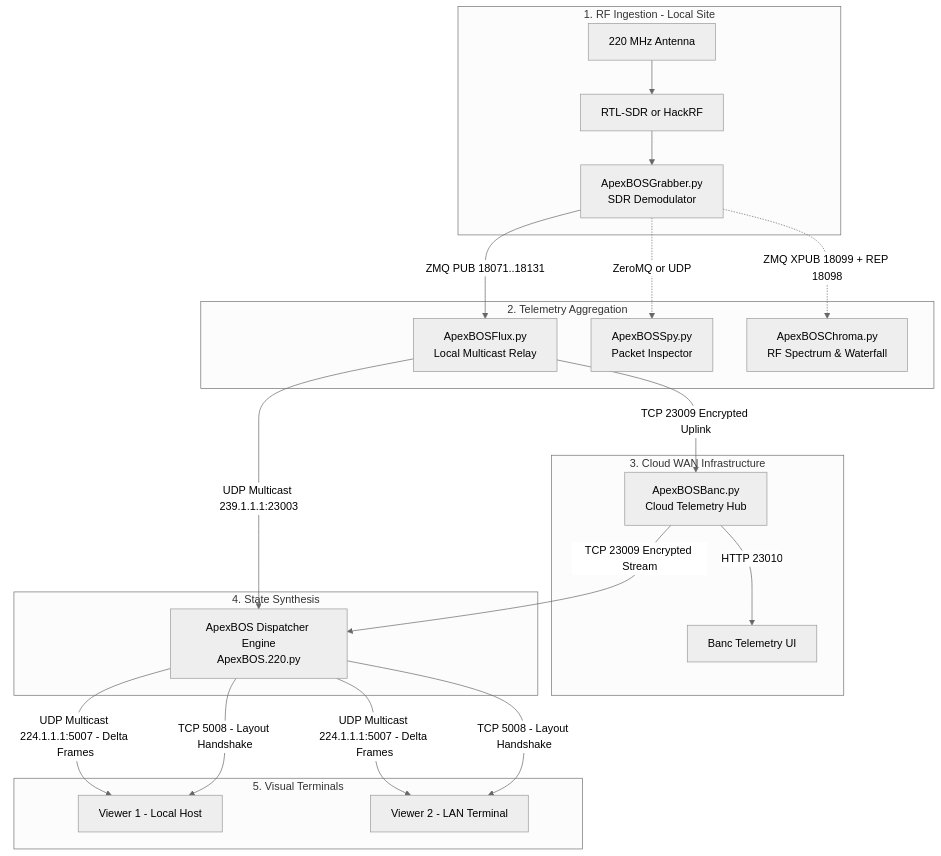
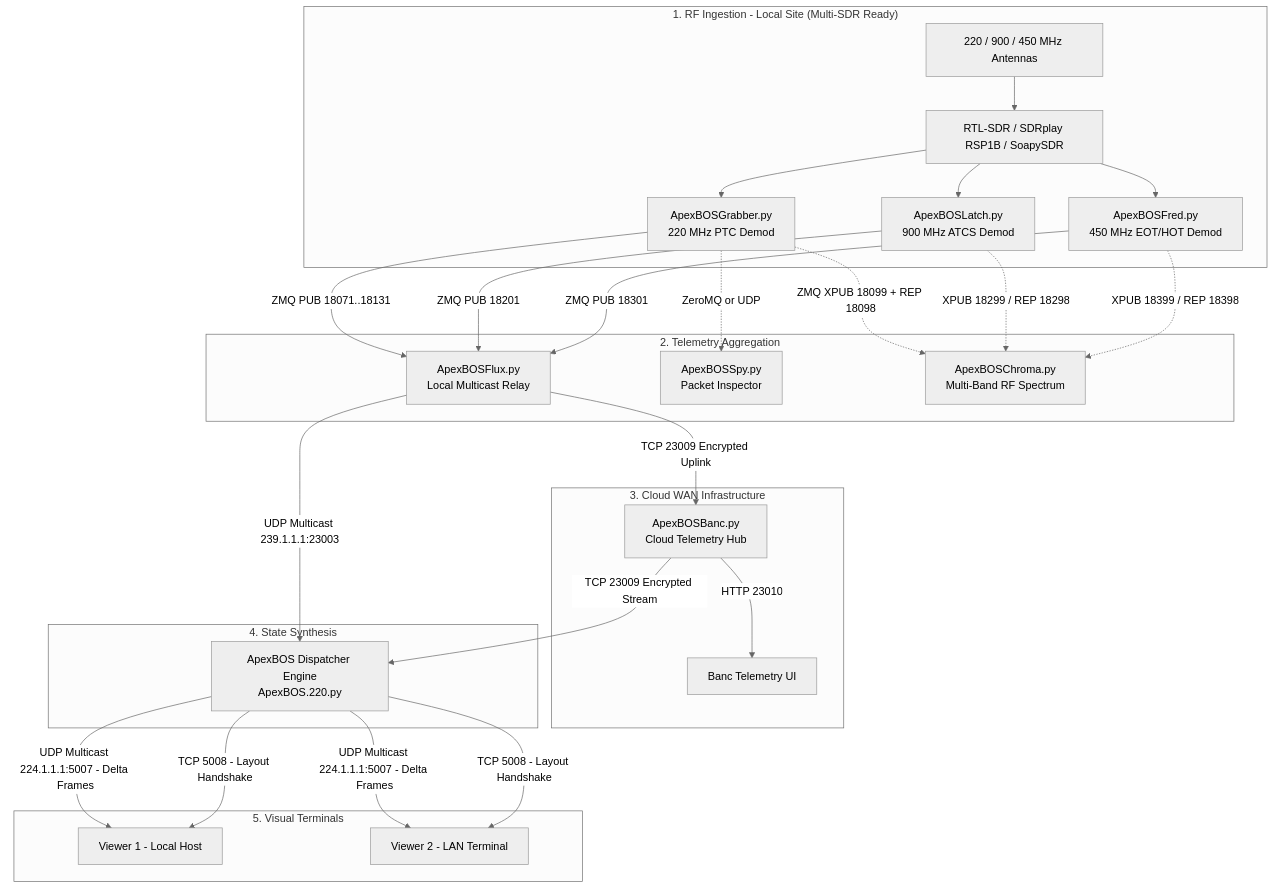
Before and after one commit to apexbos-eng/ApexBOS.220: the first of 6 diagrams in README.md, drawn with Mermaid (neutral theme). The commit also changed other lines of this file and 26 other files, not shown here.

Commit message:
v26.1125.08: Added ATCS and EOT decoders; inferring trains based on EOT/DPU packets

````diff
--- a/README.md
+++ b/README.md
@@ -105,30 +107,36 @@
 ```mermaid
 flowchart TD
-    subgraph RF_Layer["1. RF Ingestion - Local Site"]
-        ANT["220 MHz Antenna"] --> SDR["RTL-SDR or HackRF"]
-        SDR --> GRAB["ApexBOSGrabber.py<br/>SDR Demodulator"]
+    subgraph RF_Layer["1. RF Ingestion - Local Site (Multi-SDR Ready)"]
+        ANT["220 / 900 / 450 MHz Antennas"] --> SDR["RTL-SDR / SDRplay RSP1B / SoapySDR"]
+        SDR --> GRAB["ApexBOSGrabber.py<br/>220 MHz PTC Demod"]
+        SDR --> LATCH["ApexBOSLatch.py<br/>900 MHz ATCS Demod"]
+        SDR --> FRED["ApexBOSFred.py<br/>450 MHz EOT/HOT Demod"]
     end
 
     subgraph Relay_Layer["2. Telemetry Aggregation"]
         GRAB -->|"ZMQ PUB 18071..18131"| FLUX["ApexBOSFlux.py<br/>Local Multicast Relay"]
+        LATCH -->|"ZMQ PUB 18201"| FLUX
+        FRED -->|"ZMQ PUB 18301"| FLUX
         GRAB -.->|"ZeroMQ or UDP"| SPY["ApexBOSSpy.py<br/>Packet Inspector"]
-        GRAB -.->|"ZMQ XPUB 18099 + REP 18098"| CHROMA["ApexBOSChroma.py<br/>RF Spectrum & Waterfall"]
+        GRAB -.->|"ZMQ XPUB 18099 + REP 18098"| CHROMA["ApexBOSChroma.py<br/>Multi-Band RF Spectrum"]
+        LATCH -.->|"XPUB 18299 / REP 18298"| CHROMA
+        FRED -.->|"XPUB 18399 / REP 18398"| CHROMA
     end
 
     subgraph Cloud_Layer["3. Cloud WAN Infrastructure"]
         FLUX -->|"TCP 23009 Encrypted Uplink"| BANC["ApexBOSBanc.py<br/>Cloud Telemetry Hub"]
         BANC -->|"HTTP 23010"| WEB["Banc Telemetry UI"]
     end
 
     subgraph Processing_Layer["4. State Synthesis"]
         FLUX -->|"UDP Multicast 239.1.1.1:23003"| ENG["ApexBOS Dispatcher Engine<br/>ApexBOS.220.py"]
         BANC -->|"TCP 23009 Encrypted Stream"| ENG
     end
 
     subgraph Display_Layer["5. Visual Terminals"]
         ENG -->|"UDP Multicast 224.1.1.1:5007 - Delta Frames"| VIEW1["Viewer 1 - Local Host"]
         ENG -->|"UDP Multicast 224.1.1.1:5007 - Delta Frames"| VIEW2["Viewer 2 - LAN Terminal"]
         ENG -->|"TCP 5008 - Layout Handshake"| VIEW1
         ENG -->|"TCP 5008 - Layout Handshake"| VIEW2
     end
 ```
````
